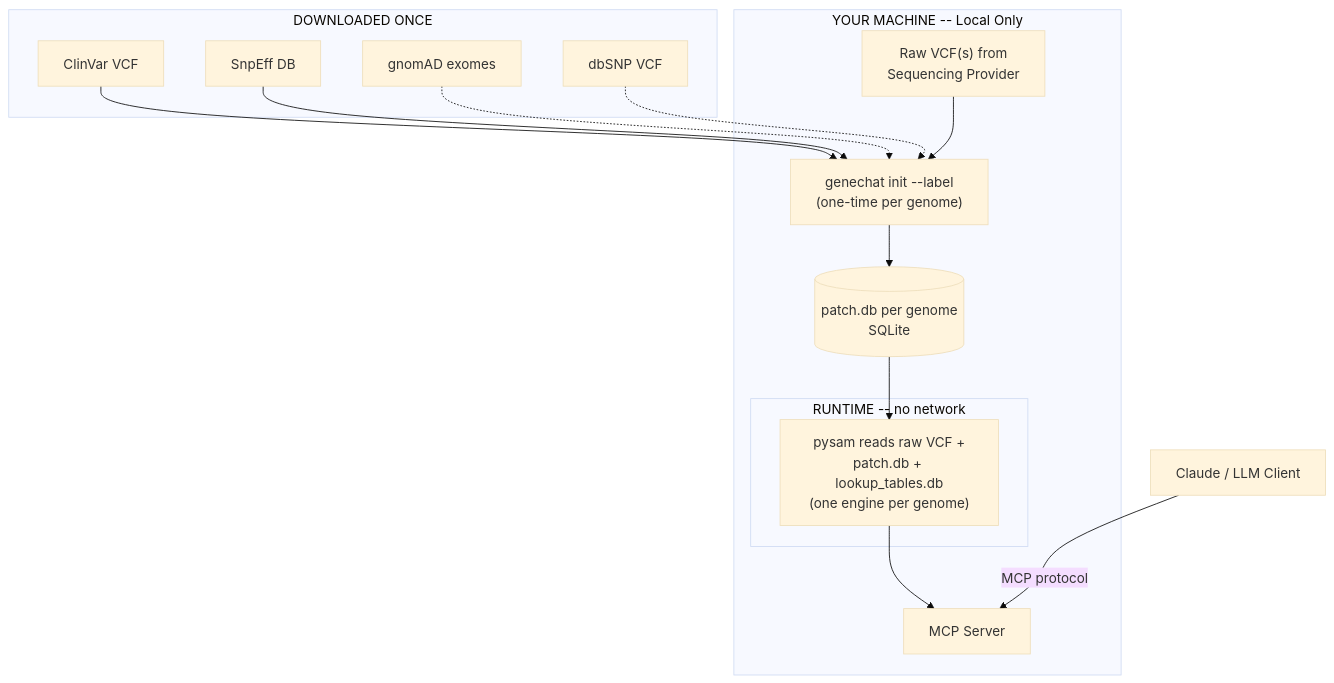
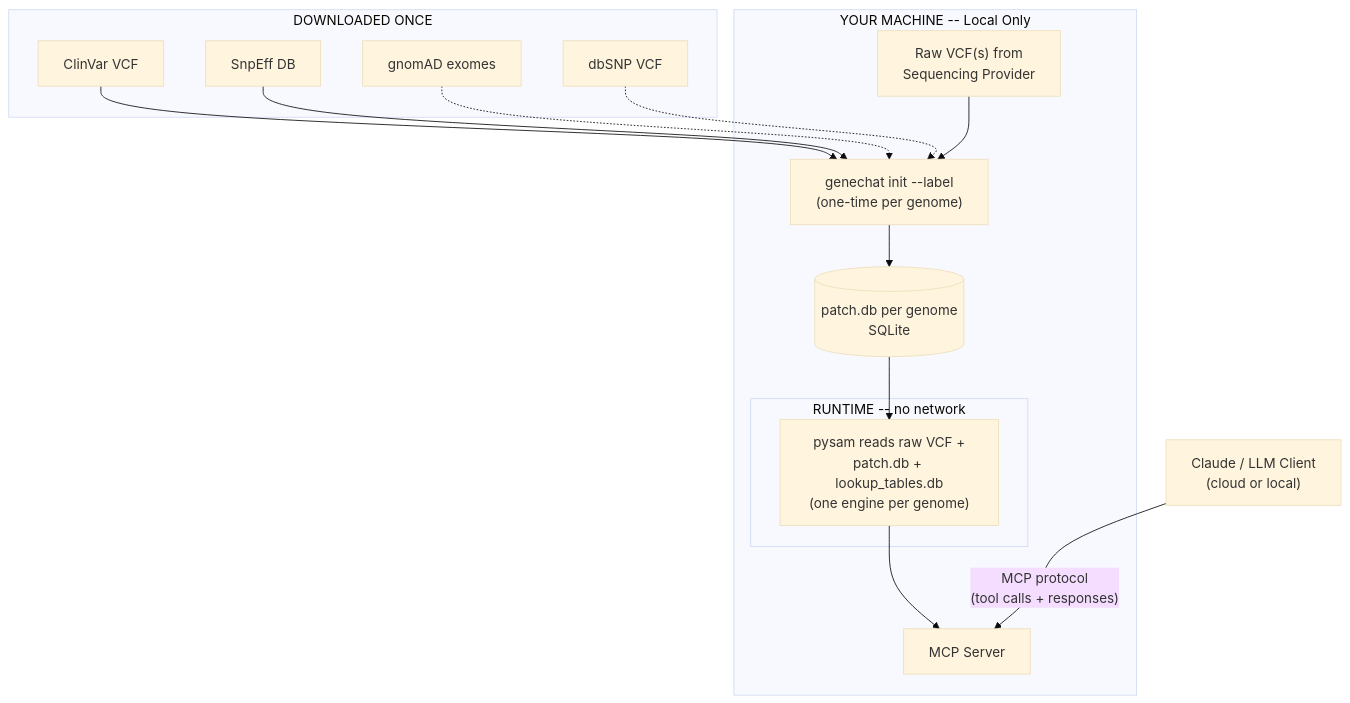
The diagram in README.md (natecostello/genechat-mcp), drawn with Mermaid (base theme) before and after one commit. The commit also changed other lines of this file and 5 other files, not shown here.

````diff
--- a/README.md
+++ b/README.md
@@ -188,30 +188,30 @@
 ```mermaid
 flowchart TD
     subgraph remote["DOWNLOADED ONCE"]
         clinvar_dl["ClinVar VCF"]
         snpeff_dl["SnpEff DB"]
         gnomad_dl["gnomAD exomes"]
         dbsnp_dl["dbSNP VCF"]
     end
 
     subgraph local["YOUR MACHINE -- Local Only"]
         vcf["Raw VCF(s) from\nSequencing Provider"]
         init["genechat init --label\n(one-time per genome)"]
         patch[("patch.db per genome\nSQLite")]
         subgraph runtime["RUNTIME -- no network"]
             engine["pysam reads raw VCF +\npatch.db + lookup_tables.db\n(one engine per genome)"]
         end
         server["MCP Server"]
     end
 
-    claude["Claude / LLM Client"]
+    claude["Claude / LLM Client\n(cloud or local)"]
 
     clinvar_dl --> init
     snpeff_dl --> init
     gnomad_dl -.-> init
     dbsnp_dl -.-> init
     vcf --> init
     init --> patch
     patch --> engine --> server
-    claude -- "MCP protocol" --> server
+    claude -- "MCP protocol\n(tool calls + responses)" --> server
 ```
````
